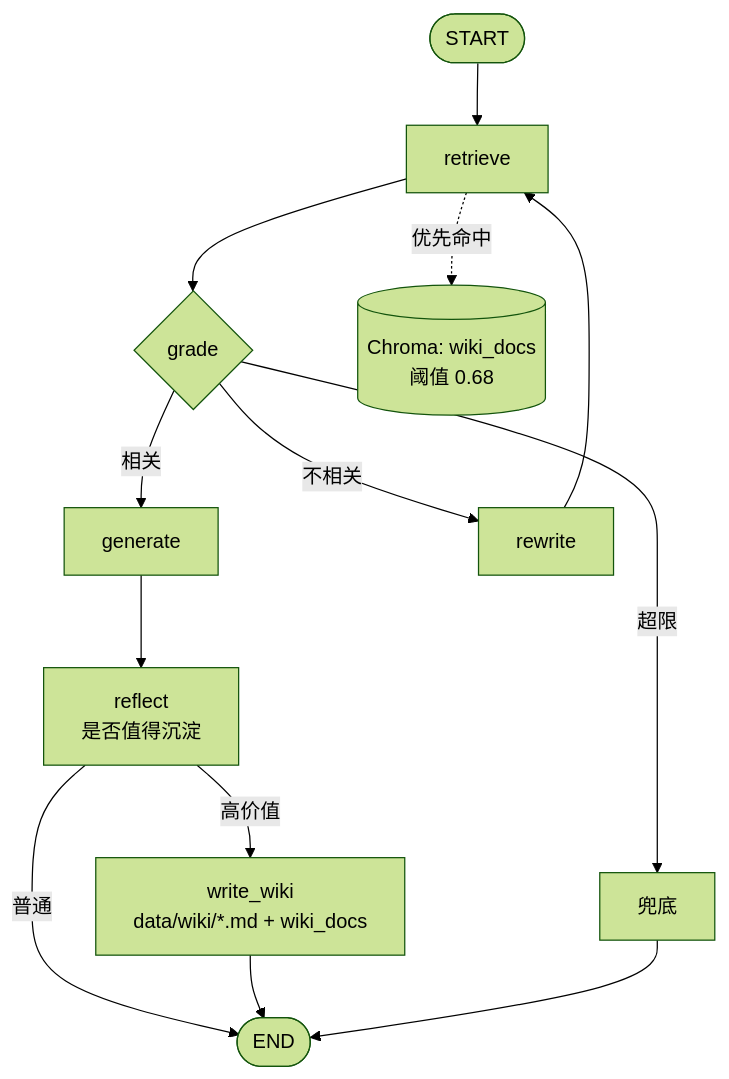
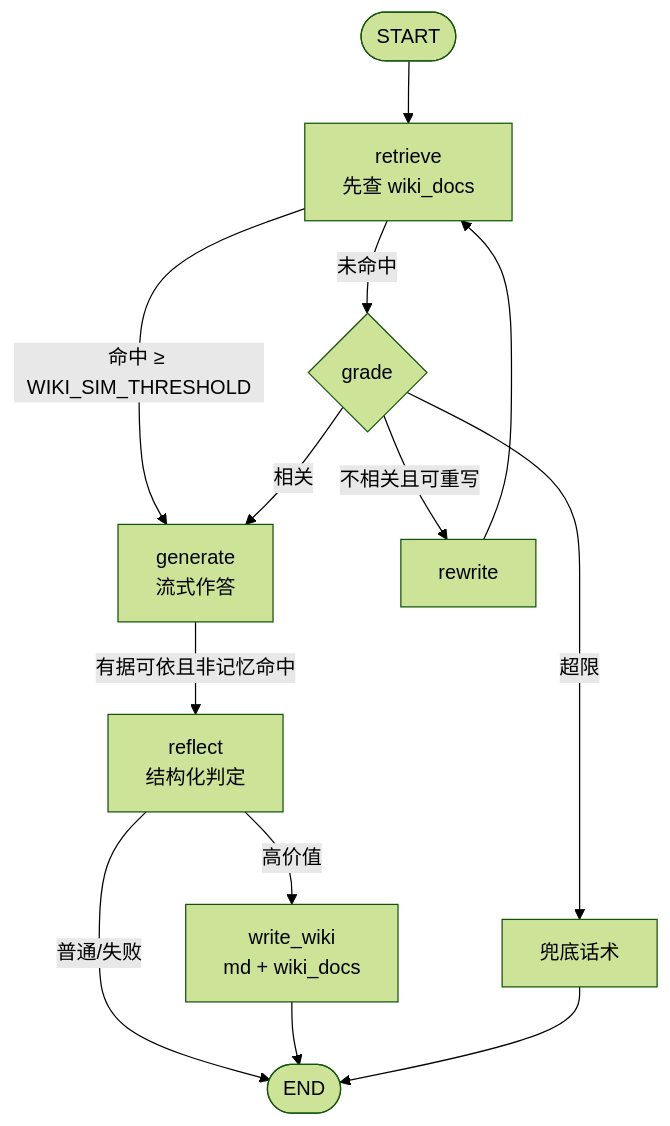
The fourth of 4 diagrams in .doc/architecture.md (WaltTYT/wiki-agent), drawn with Mermaid (forest theme) before and after one commit. The commit also changed other lines of this file and 29 other files, not shown here.

````diff
--- a/.doc/architecture.md
+++ b/.doc/architecture.md
@@ -90,15 +82,15 @@
 ```mermaid
 flowchart TD
-    START([START]) --> R[retrieve]
-    R --> J{grade}
-    J -- 相关 --> G[generate]
-    J -- 不相关 --> W[rewrite]
+    START([START]) --> R[retrieve<br/>先查 wiki_docs]
+    R -- 命中 ≥ WIKI_SIM_THRESHOLD --> G[generate<br/>流式作答]
+    R -- 未命中 --> J{grade}
+    J -- 相关 --> G
+    J -- 不相关且可重写 --> W[rewrite]
     W --> R
-    J -- 超限 --> F[兜底]
-    G --> REF[reflect<br/>是否值得沉淀]
-    REF -- 高价值 --> WW[write_wiki<br/>data/wiki/*.md + wiki_docs]
-    REF -- 普通 --> END([END])
+    J -- 超限 --> F[兜底话术]
+    G -- 有据可依且非记忆命中 --> REF[reflect<br/>结构化判定]
+    REF -- 高价值 --> WW[write_wiki<br/>md + wiki_docs]
+    REF -- 普通/失败 --> END([END])
     WW --> END
     F --> END
-    R -.->|优先命中| WIKI[(Chroma: wiki_docs<br/>阈值 0.68)]
 ```
````
